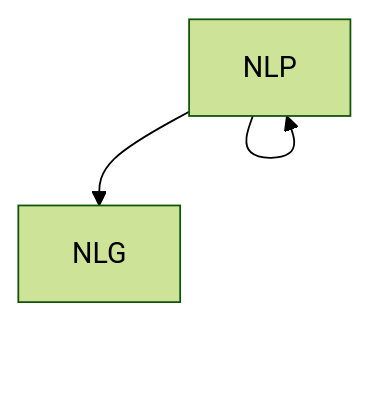
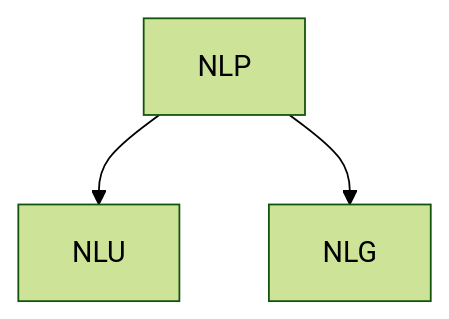
The diagram in README.md (gatorduck/NLP_SentimentAnalysis), drawn with Mermaid (forest theme) before and after one commit.

Commit message:
mermaid chart update

````diff
--- a/README.md
+++ b/README.md
@@ -7,6 +7,6 @@
 ```mermaid
 
 flowchart TB
-    NLP --> NLP & NLG
+    NLP --> NLU & NLG
     
 ```
````
